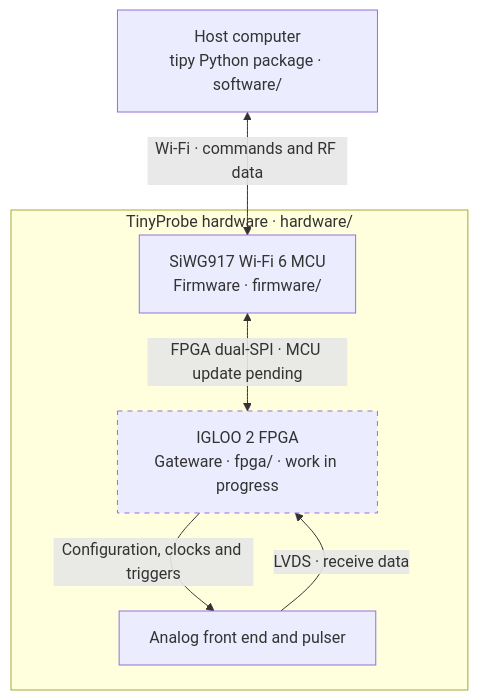
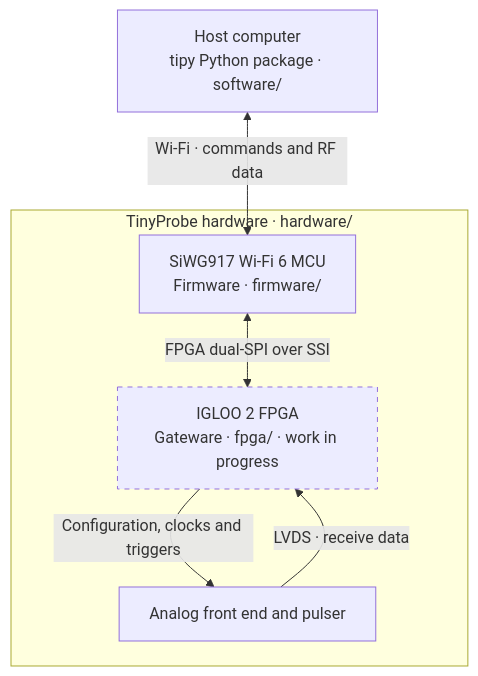
The diagram in README.md (pulp-bio/TinyProbe), drawn with Mermaid before and after one commit. The commit also changed other lines of this file and 12 other files, not shown here.

````diff
--- a/README.md
+++ b/README.md
@@ -70,18 +63,18 @@
 ```mermaid
 flowchart TB
     Host["Host computer<br/>tipy Python package · software/"]
 
     subgraph Probe["TinyProbe hardware · hardware/"]
         MCU["SiWG917 Wi-Fi 6 MCU<br/>Firmware · firmware/"]
         FPGA["IGLOO 2 FPGA<br/>Gateware · fpga/ · work in progress"]
         Analog["Analog front end and pulser<br/>"]
 
-        MCU <-->|"FPGA dual-SPI · MCU update pending"| FPGA
+        MCU <-->|"FPGA dual-SPI over SSI"| FPGA
         FPGA -->|"Configuration, clocks and triggers"| Analog
         Analog -->|"LVDS · receive data"| FPGA
     end
 
     Host <-->|"Wi-Fi · commands and RF data"| MCU
 
     style FPGA stroke-dasharray: 5 5
 ```
````
